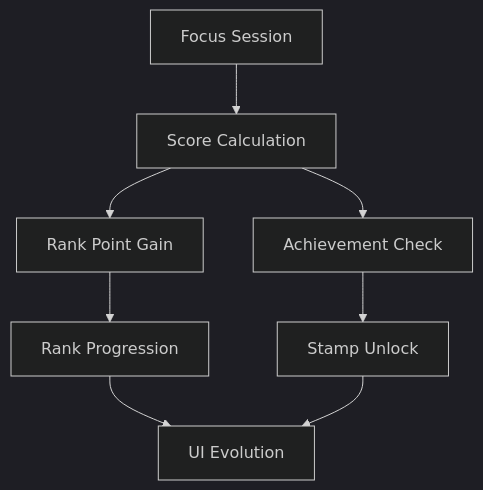
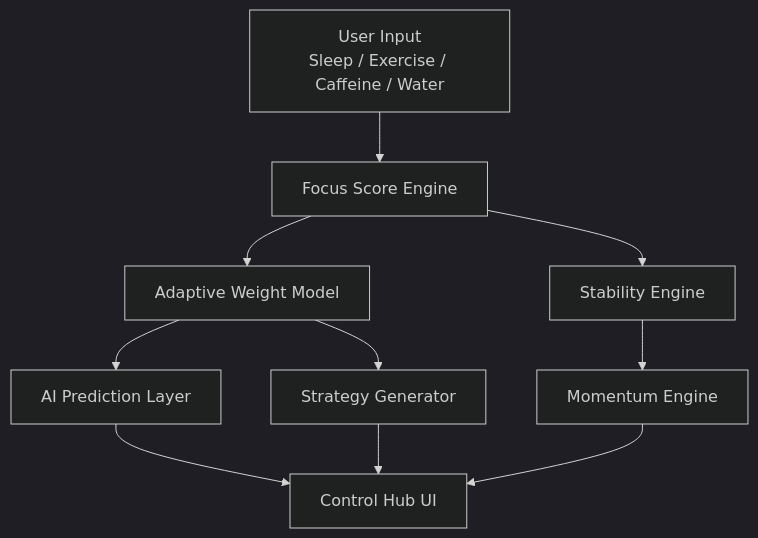
The first of 3 diagrams in README.md (QUESTION-LAB/FOCUSLAB), drawn with Mermaid (dark theme) before and after one commit. The commit also changed other lines of this file, not shown here.

````diff
--- a/README.md
+++ b/README.md
@@ -258,13 +112,18 @@
 ```mermaid
 graph TD
 
-A[Focus Session] --> B[Score Calculation]
-B --> C[Rank Point Gain]
-C --> D[Rank Progression]
+A[User Input\nSleep / Exercise / Caffeine / Water]
+    --> B[Focus Score Engine]
 
-B --> E[Achievement Check]
-E --> F[Stamp Unlock]
+B --> C[Adaptive Weight Model]
+B --> D[Stability Engine]
 
-D --> G[UI Evolution]
-F --> G
+C --> E[AI Prediction Layer]
+C --> F[Strategy Generator]
+
+D --> G[Momentum Engine]
+
+E --> H[Control Hub UI]
+F --> H
+G --> H
 ```
````
